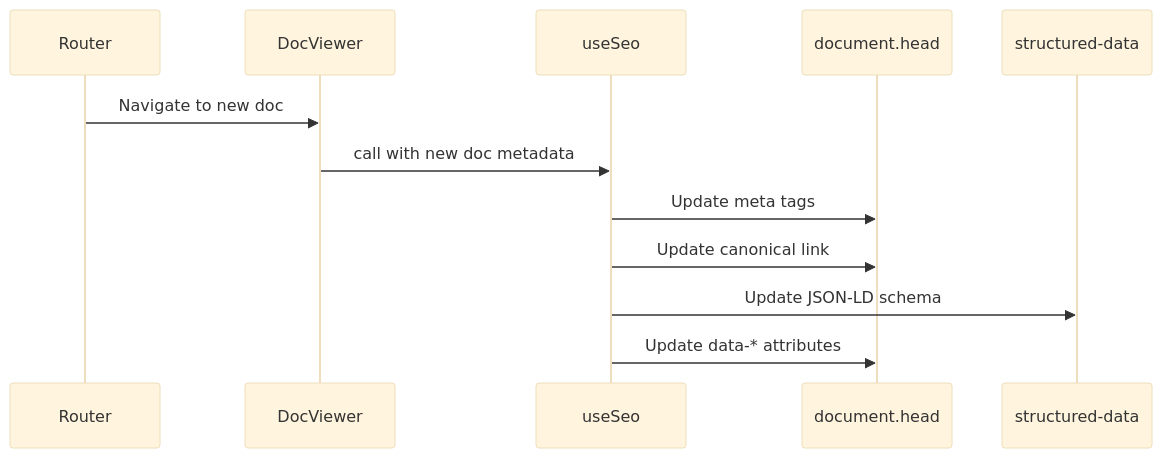
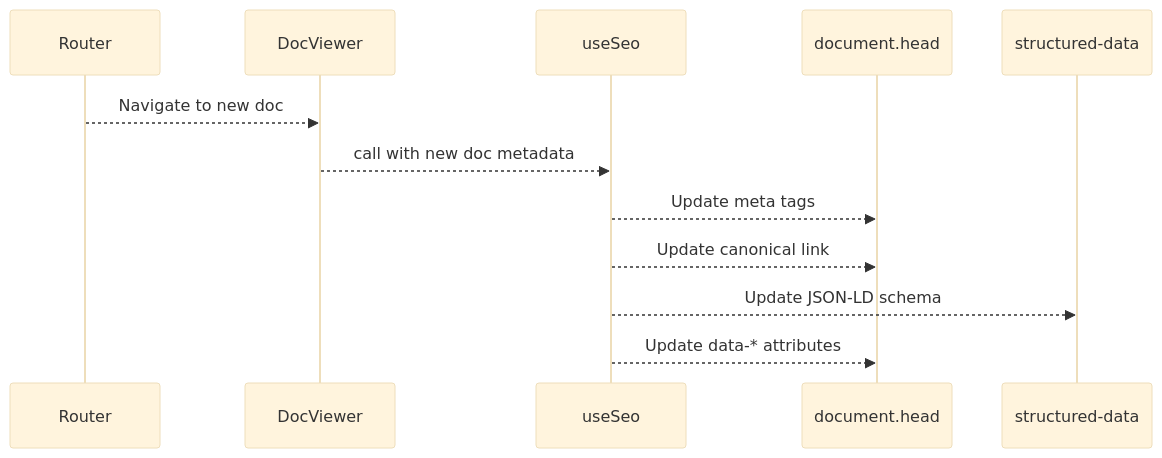
The second of 2 diagrams in docs/03-guides/04-seo-optimization.md (naranyala/naravisuals-web), drawn with Mermaid (base theme) before and after one commit. The commit also changed 45 other files, not shown here.

````diff
--- a/docs/03-guides/04-seo-optimization.md
+++ b/docs/03-guides/04-seo-optimization.md
@@ -232,15 +232,15 @@
 ```mermaid:desc=Dynamic SEO update sequence diagram
 sequenceDiagram
     participant Router
     participant Component as DocViewer
     participant useSeo
     participant DOM as document.head
     participant Script as structured-data
 
-    Router->>Component: Navigate to new doc
-    Component->>useSeo: call with new doc metadata
-    useSeo->>DOM: Update meta tags
-    useSeo->>DOM: Update canonical link
-    useSeo->>Script: Update JSON-LD schema
-    useSeo->>DOM: Update data-* attributes
+    Router-->>Component: Navigate to new doc
+    Component-->>useSeo: call with new doc metadata
+    useSeo-->>DOM: Update meta tags
+    useSeo-->>DOM: Update canonical link
+    useSeo-->>Script: Update JSON-LD schema
+    useSeo-->>DOM: Update data-* attributes
 ```
````
